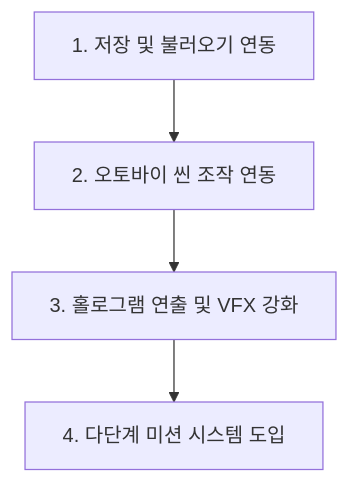
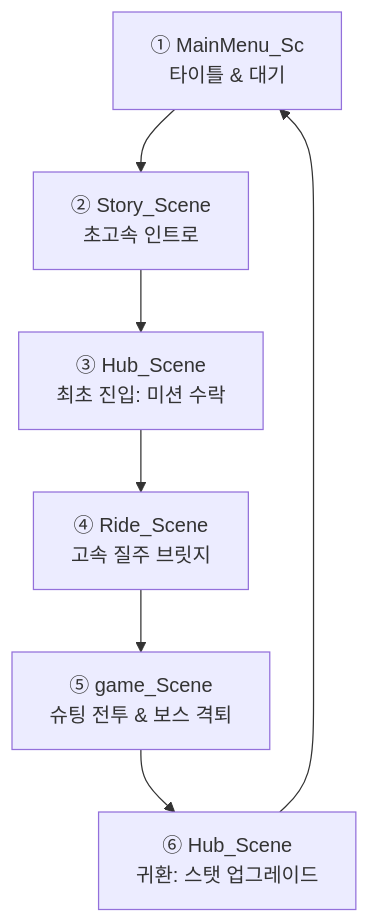
One commit to jihwan2861-del/playx4_game changed the diagram in HUB_DEVELOPMENT_SUMMARY.md. Above: the diagram before and after it, drawn with Mermaid. The commit also changed other lines of this file, not shown here.

Commit message:
docs: integrate PlayX4 exhibition scene flow simulation into summary roadmap

````diff
--- a/HUB_DEVELOPMENT_SUMMARY.md
+++ b/HUB_DEVELOPMENT_SUMMARY.md
@@ -37,6 +37,9 @@
 ```mermaid
 graph TD
-    A[1. 저장 및 불러오기 연동] --> B[2. 오토바이 씬 조작 연동]
-    B --> C[3. 홀로그램 연출 및 VFX 강화]
-    C --> D[4. 다단계 미션 시스템 도입]
+    A[① MainMenu_Sc <br> 타이틀 & 대기] --> B[② Story_Scene <br> 초고속 인트로]
+    B --> C[③ Hub_Scene <br> 최초 진입: 미션 수락]
+    C --> D[④ Ride_Scene <br> 고속 질주 브릿지]
+    D --> E[⑤ game_Scene <br> 슈팅 전투 & 보스 격퇴]
+    E --> F[⑥ Hub_Scene <br> 귀환: 스탯 업그레이드]
+    F --> A
 ```
````
